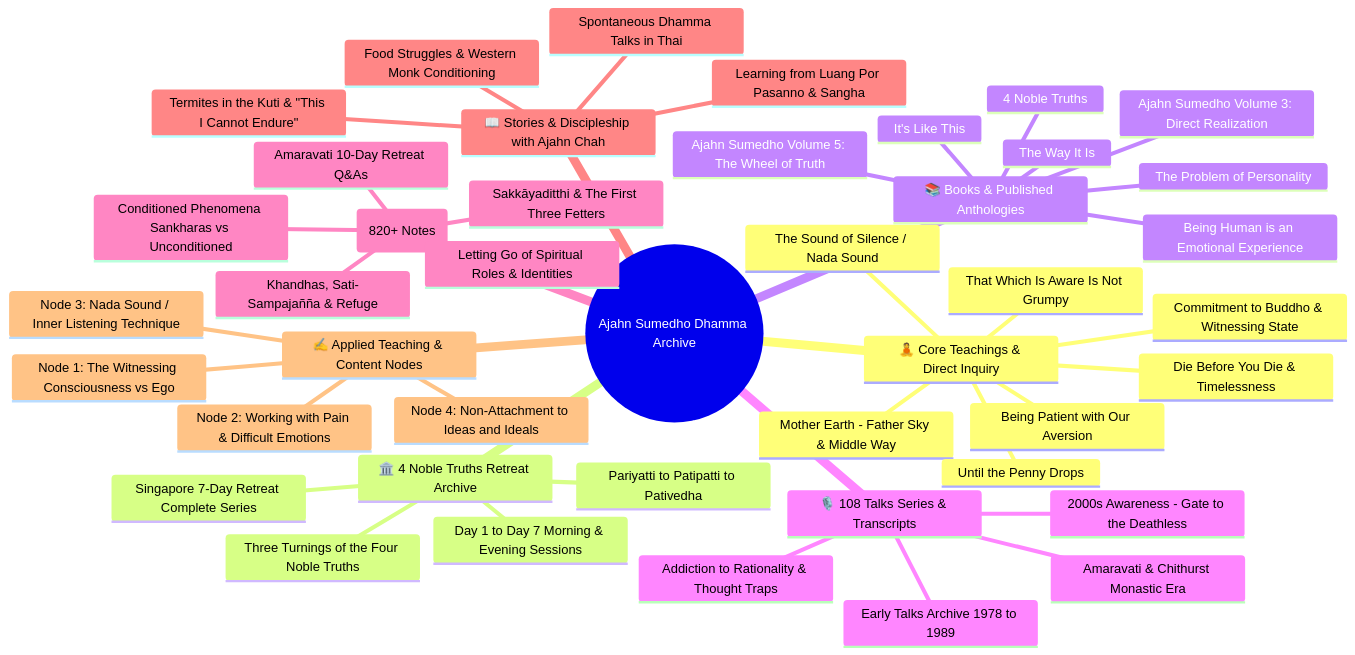
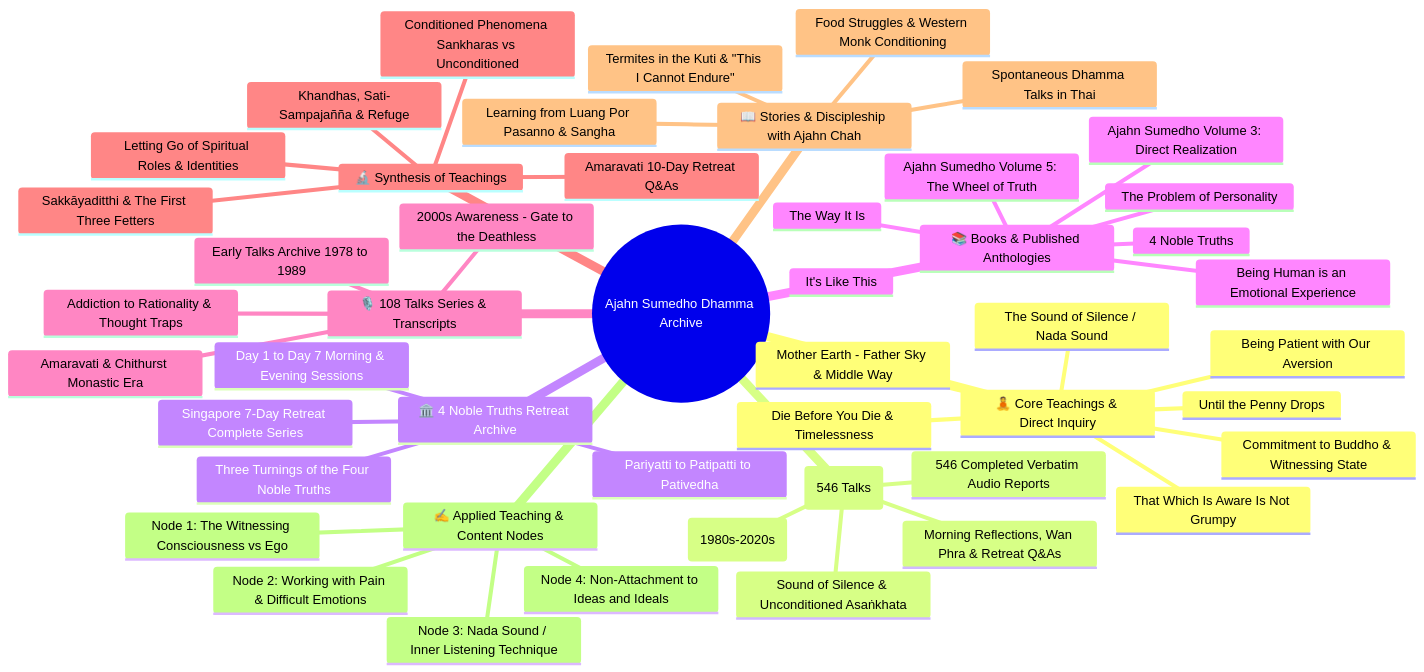
One commit to sparkyflashrebob/Obsidian-Vault-BU changed the diagram in _A_My Research/_My Teachers/Ajahn Sumedho/_Master Mind Map - Ajahn Sumedho Archive & Content Nodes.md. Above: the diagram before and after it, drawn with Mermaid. The commit also changed other lines of this file and 352 other files, not shown here.

````diff
--- a/_A_My Research/_My Teachers/Ajahn Sumedho/_Master Mind Map - Ajahn Sumedho Archive & Content Nodes.md
+++ b/_A_My Research/_My Teachers/Ajahn Sumedho/_Master Mind Map - Ajahn Sumedho Archive & Content Nodes.md
@@ -24,46 +24,51 @@
 ```mermaid
 mindmap
   root((Ajahn Sumedho Dhamma Archive))
     🧘 Core Teachings & Direct Inquiry
       Commitment to Buddho & Witnessing State
       The Sound of Silence / Nada Sound
       That Which Is Aware Is Not Grumpy
       Die Before You Die & Timelessness
       Mother Earth - Father Sky & Middle Way
       Being Patient with Our Aversion
       Until the Penny Drops
+    🎙️ Amaravati Podcast Archives (546 Talks)
+      546 Completed Verbatim Audio Reports
+      Four Decades of Monastic Archives (1980s-2020s)
+      Sound of Silence & Unconditioned Asaṅkhata
+      Morning Reflections, Wan Phra & Retreat Q&As
     🏛️ 4 Noble Truths Retreat Archive
       Singapore 7-Day Retreat Complete Series
       Day 1 to Day 7 Morning & Evening Sessions
       Three Turnings of the Four Noble Truths
       Pariyatti to Patipatti to Pativedha
     📚 Books & Published Anthologies
       4 Noble Truths
       Ajahn Sumedho Volume 3: Direct Realization
       Ajahn Sumedho Volume 5: The Wheel of Truth
       The Way It Is
       The Problem of Personality
       Being Human is an Emotional Experience
       It's Like This
     🎙️ 108 Talks Series & Transcripts
       Early Talks Archive 1978 to 1989
       Amaravati & Chithurst Monastic Era
       2000s Awareness - Gate to the Deathless
       Addiction to Rationality & Thought Traps
-    🔬 Synthesis of Teachings (820+ Notes)
+    🔬 Synthesis of Teachings
       Amaravati 10-Day Retreat Q&As
       Sakkāyaditthi & The First Three Fetters
       Conditioned Phenomena Sankharas vs Unconditioned
       Letting Go of Spiritual Roles & Identities
       Khandhas, Sati-Sampajañña & Refuge
     📖 Stories & Discipleship with Ajahn Chah
       Termites in the Kuti & "This I Cannot Endure"
       Spontaneous Dhamma Talks in Thai
       Food Struggles & Western Monk Conditioning
       Learning from Luang Por Pasanno & Sangha
     ✍️ Applied Teaching & Content Nodes
       Node 1: The Witnessing Consciousness vs Ego
       Node 2: Working with Pain & Difficult Emotions
       Node 3: Nada Sound / Inner Listening Technique
       Node 4: Non-Attachment to Ideas and Ideals
 ```
````
